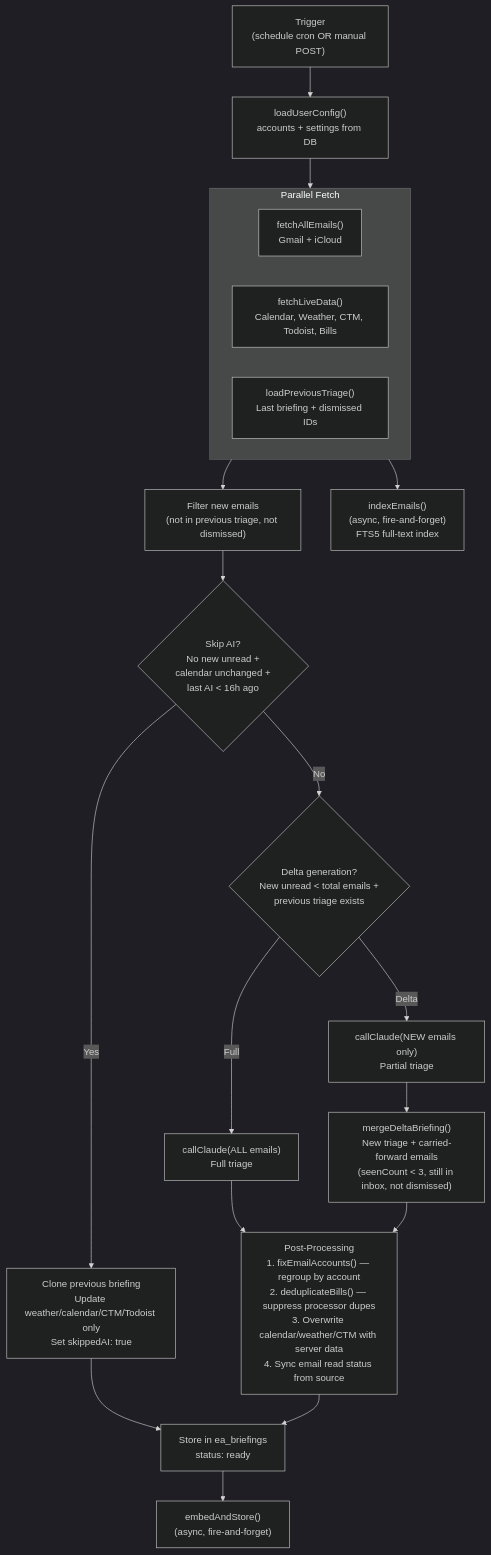
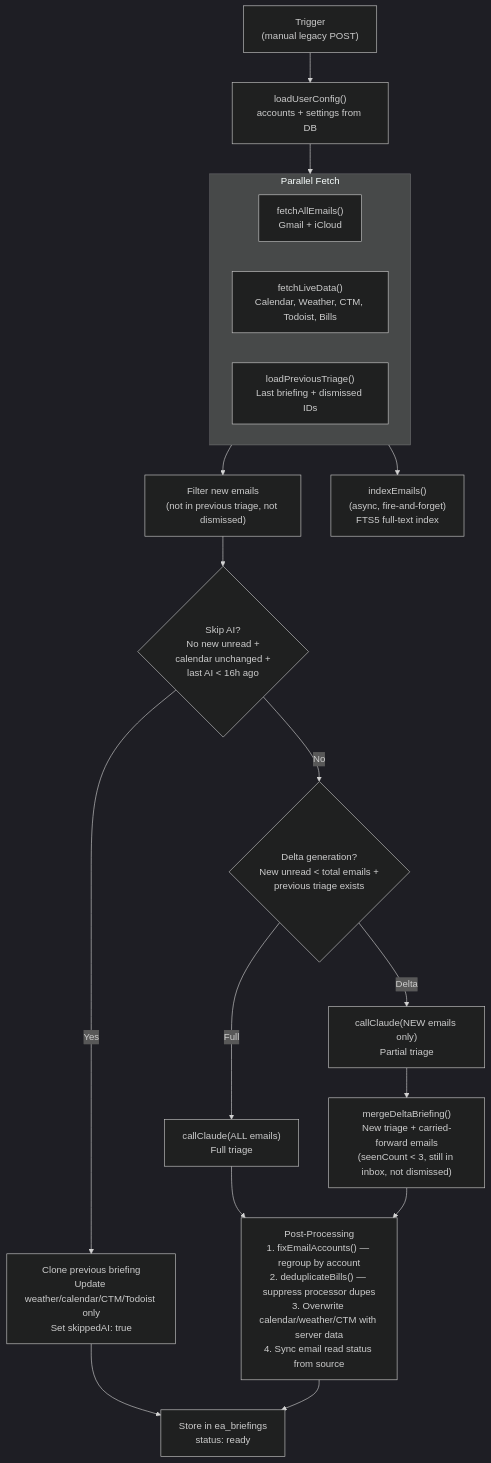
The sixth of 7 diagrams in ARCHITECTURE.md (ansidian/Setpoint), drawn with Mermaid (dark theme) before and after one commit. The commit also changed other lines of this file and 87 other files, not shown here.

````diff
--- a/ARCHITECTURE.md
+++ b/ARCHITECTURE.md
@@ -347,42 +341,39 @@
 ```mermaid
 flowchart TD
-    Trigger["Trigger<br/>(schedule cron OR manual POST)"]
+    Trigger["Trigger<br/>(manual legacy POST)"]
     Config["loadUserConfig()<br/>accounts + settings from DB"]
     
     subgraph Parallel["Parallel Fetch"]
         Emails["fetchAllEmails()<br/>Gmail + iCloud"]
         Live["fetchLiveData()<br/>Calendar, Weather, CTM, Todoist, Bills"]
         Prev["loadPreviousTriage()<br/>Last briefing + dismissed IDs"]
     end
 
     Filter["Filter new emails<br/>(not in previous triage, not dismissed)"]
     
     Skip{"Skip AI?<br/>No new unread +<br/>calendar unchanged +<br/>last AI < 16h ago"}
     
     Clone["Clone previous briefing<br/>Update weather/calendar/CTM/Todoist only<br/>Set skippedAI: true"]
     
     Delta{"Delta generation?<br/>New unread < total emails +<br/>previous triage exists"}
 
     ClaudeFull["callClaude(ALL emails)<br/>Full triage"]
     ClaudeDelta["callClaude(NEW emails only)<br/>Partial triage"]
     
     Merge["mergeDeltaBriefing()<br/>New triage + carried-forward emails<br/>(seenCount < 3, still in inbox, not dismissed)"]
 
     PostProcess["Post-Processing<br/>1. fixEmailAccounts() — regroup by account<br/>2. deduplicateBills() — suppress processor dupes<br/>3. Overwrite calendar/weather/CTM with server data<br/>4. Sync email read status from source"]
 
     Index["indexEmails()<br/>(async, fire-and-forget)<br/>FTS5 full-text index"]
 
     Store["Store in ea_briefings<br/>status: ready"]
-    Embed["embedAndStore()<br/>(async, fire-and-forget)"]
-
     Trigger --> Config --> Parallel
     Parallel --> Index
     Parallel --> Filter
     Filter --> Skip
     Skip -->|Yes| Clone --> Store
     Skip -->|No| Delta
     Delta -->|Full| ClaudeFull --> PostProcess
     Delta -->|Delta| ClaudeDelta --> Merge --> PostProcess
     PostProcess --> Store
-    Store --> Embed
 ```
````
